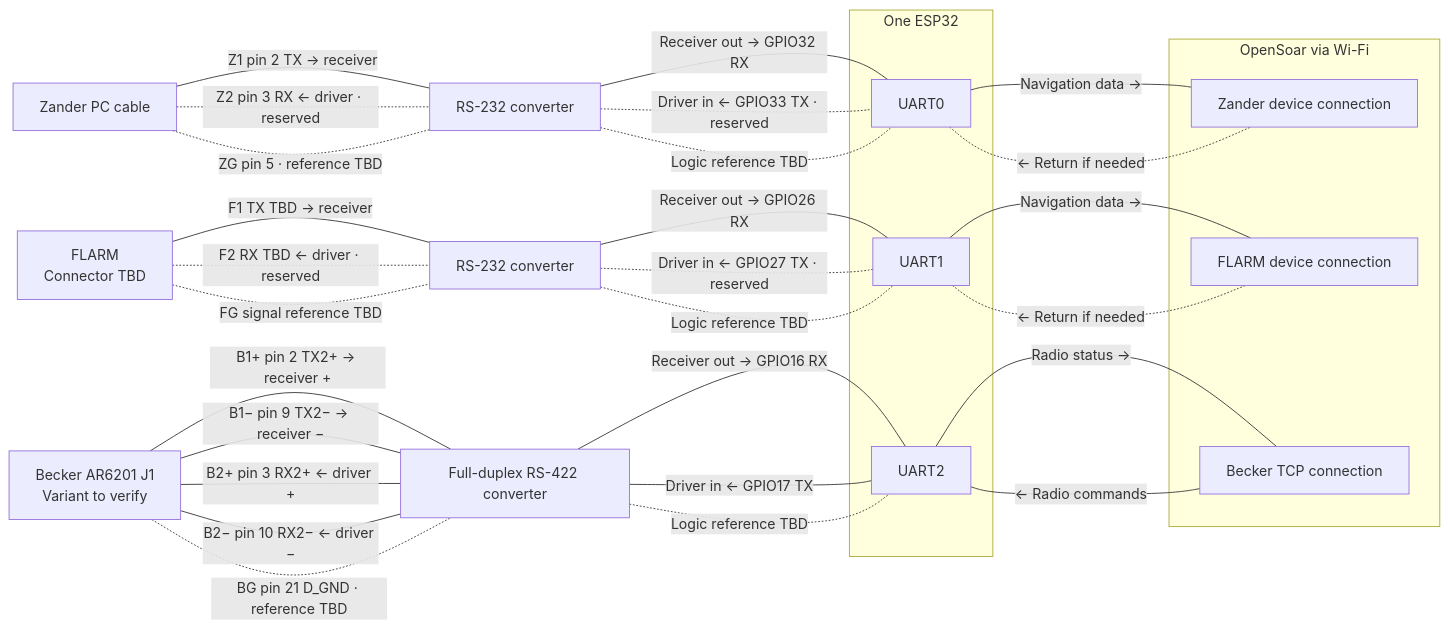
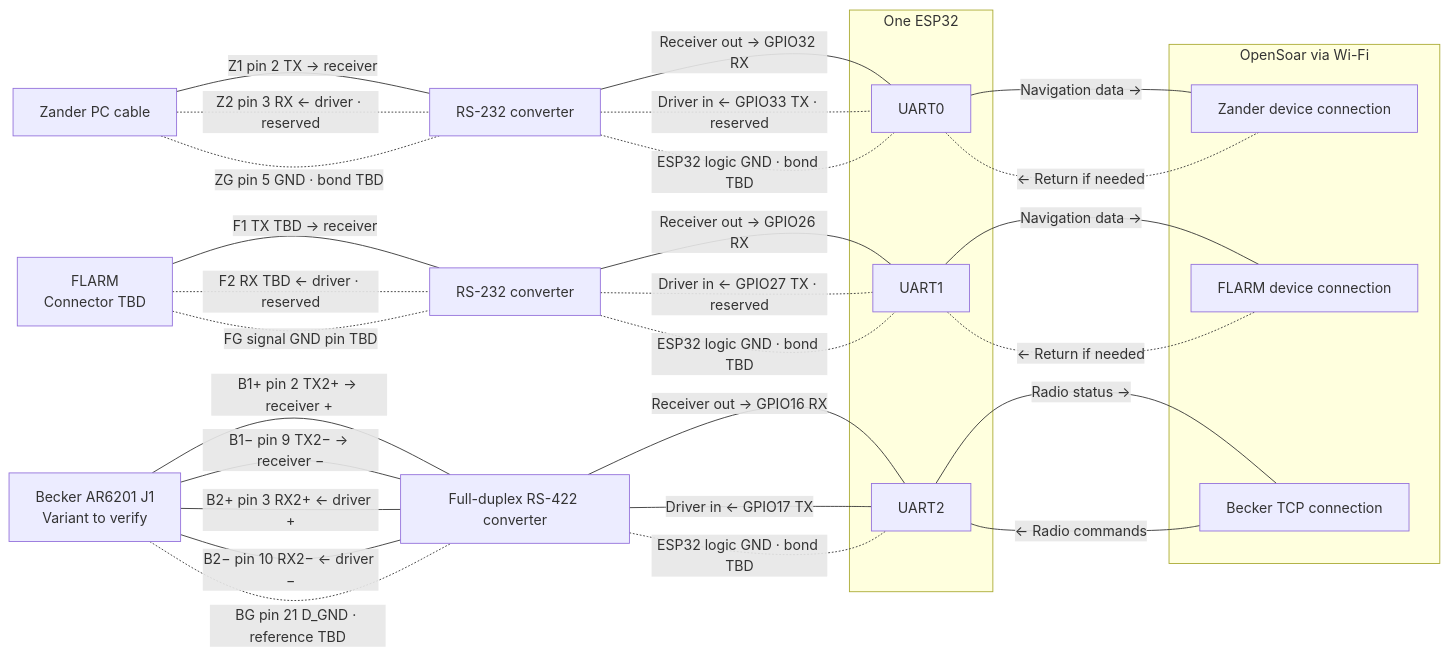
The first of 3 diagrams in docs/connections.md (MomoRC-tech/Becker-AR6201-to-OpenSoar), drawn with Mermaid before and after one commit. The commit also changed other lines of this file and 1 other file, not shown here.

````diff
--- a/docs/connections.md
+++ b/docs/connections.md
@@ -11,48 +11,48 @@
 ```mermaid
 flowchart LR
     Z["Zander PC cable"]
     F["FLARM<br/>Connector TBD"]
     B["Becker AR6201 J1<br/>Variant to verify"]
     ZC["RS-232 converter"]
     FC["RS-232 converter"]
     BC["Full-duplex RS-422 converter"]
     subgraph ESP["One ESP32"]
         U0["UART0"]
         U1["UART1"]
         U2["UART2"]
     end
     subgraph OS["OpenSoar via Wi-Fi"]
         NZ["Zander device connection"]
         NF["FLARM device connection"]
         RB["Becker TCP connection"]
     end
 
     Z ---|"Z1 pin 2 TX → receiver"| ZC
     Z -.-|"Z2 pin 3 RX ← driver · reserved"| ZC
-    Z -.-|"ZG pin 5 · reference TBD"| ZC
+    Z -.-|"ZG pin 5 GND · bond TBD"| ZC
     ZC ---|"Receiver out → GPIO32 RX"| U0
     ZC -.-|"Driver in ← GPIO33 TX · reserved"| U0
-    ZC -.-|"Logic reference TBD"| U0
+    ZC -.-|"ESP32 logic GND · bond TBD"| U0
     U0 ---|"Navigation data →"| NZ
     U0 -.-|"← Return if needed"| NZ
 
     F ---|"F1 TX TBD → receiver"| FC
     F -.-|"F2 RX TBD ← driver · reserved"| FC
-    F -.-|"FG signal reference TBD"| FC
+    F -.-|"FG signal GND pin TBD"| FC
     FC ---|"Receiver out → GPIO26 RX"| U1
     FC -.-|"Driver in ← GPIO27 TX · reserved"| U1
-    FC -.-|"Logic reference TBD"| U1
+    FC -.-|"ESP32 logic GND · bond TBD"| U1
     U1 ---|"Navigation data →"| NF
     U1 -.-|"← Return if needed"| NF
 
     B ---|"B1+ pin 2 TX2+ → receiver +"| BC
     B ---|"B1− pin 9 TX2− → receiver −"| BC
     B ---|"B2+ pin 3 RX2+ ← driver +"| BC
     B ---|"B2− pin 10 RX2− ← driver −"| BC
     B -.-|"BG pin 21 D_GND · reference TBD"| BC
     BC ---|"Receiver out → GPIO16 RX"| U2
     BC ---|"Driver in ← GPIO17 TX"| U2
-    BC -.-|"Logic reference TBD"| U2
+    BC -.-|"ESP32 logic GND · bond TBD"| U2
     U2 ---|"Radio status →"| RB
     U2 ---|"← Radio commands"| RB
 ```
````
